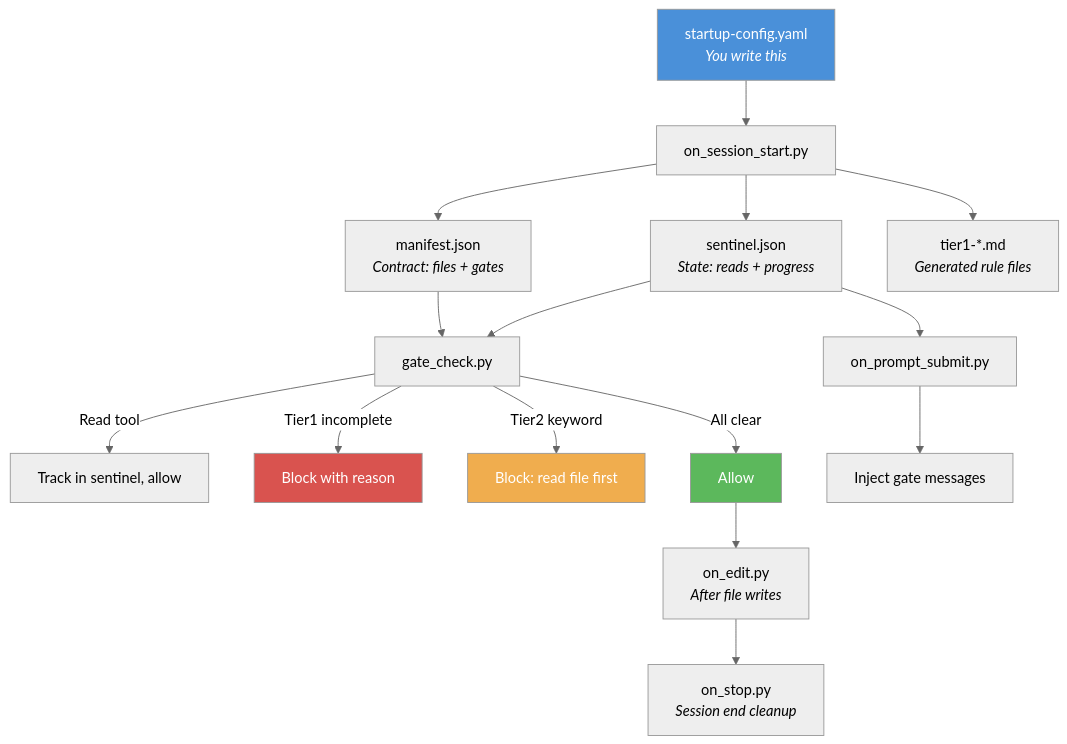
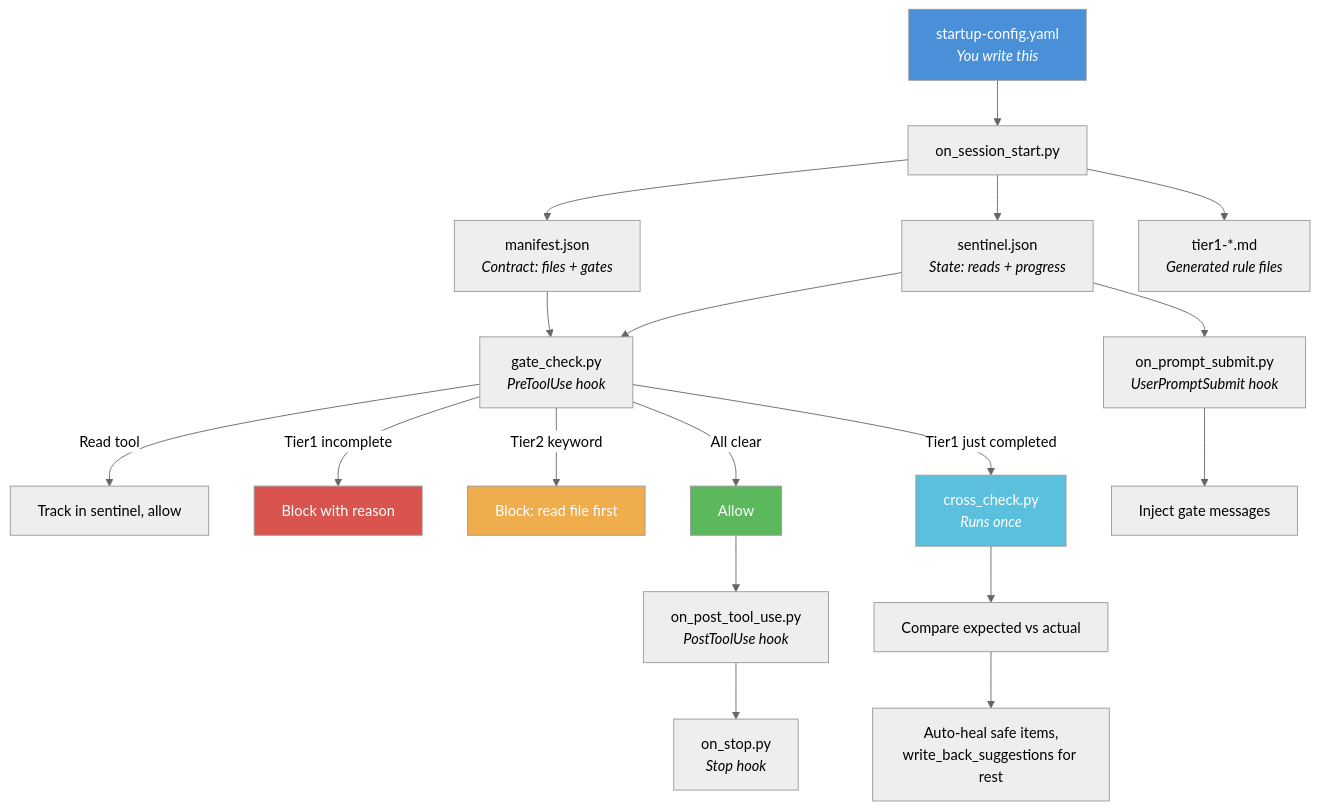
One commit to dexmaddy/agentic-ai-tiered-startup changed the third of 3 diagrams in docs/course/module-2-architecture.md. Above: the diagram before and after it, drawn with Mermaid (neutral theme). The commit also changed other lines of this file and 13 other files, not shown here.

````diff
--- a/docs/course/module-2-architecture.md
+++ b/docs/course/module-2-architecture.md
@@ -162,25 +171,29 @@
 ```mermaid
 graph TD
     CONFIG["startup-config.yaml<br/><i>You write this</i>"] --> START["on_session_start.py"]
     START --> MANIFEST["manifest.json<br/><i>Contract: files + gates</i>"]
     START --> SENTINEL["sentinel.json<br/><i>State: reads + progress</i>"]
     START --> TIER1["tier1-*.md<br/><i>Generated rule files</i>"]
 
-    MANIFEST --> GATE["gate_check.py"]
+    MANIFEST --> GATE["gate_check.py<br/><i>PreToolUse hook</i>"]
     SENTINEL --> GATE
     GATE -->|Read tool| G1["Track in sentinel, allow"]
     GATE -->|Tier1 incomplete| G2["Block with reason"]
     GATE -->|Tier2 keyword| G3["Block: read file first"]
     GATE -->|All clear| G4["Allow"]
+    GATE -->|Tier1 just completed| CC["cross_check.py<br/><i>Runs once</i>"]
+    CC --> CC1["Compare expected vs actual"]
+    CC1 --> CC2["Auto-heal safe items,<br/>write_back_suggestions for rest"]
 
-    SENTINEL --> PROMPT["on_prompt_submit.py"]
+    SENTINEL --> PROMPT["on_prompt_submit.py<br/><i>UserPromptSubmit hook</i>"]
     PROMPT --> P1["Inject gate messages"]
 
-    G4 --> EDIT["on_edit.py<br/><i>After file writes</i>"]
-    EDIT --> STOP["on_stop.py<br/><i>Session end cleanup</i>"]
+    G4 --> EDIT["on_post_tool_use.py<br/><i>PostToolUse hook</i>"]
+    EDIT --> STOP["on_stop.py<br/><i>Stop hook</i>"]
 
     style CONFIG fill:#4a90d9,color:#fff
     style G2 fill:#d9534f,color:#fff
     style G3 fill:#f0ad4e,color:#fff
     style G4 fill:#5cb85c,color:#fff
+    style CC fill:#5bc0de,color:#fff
 ```
````
